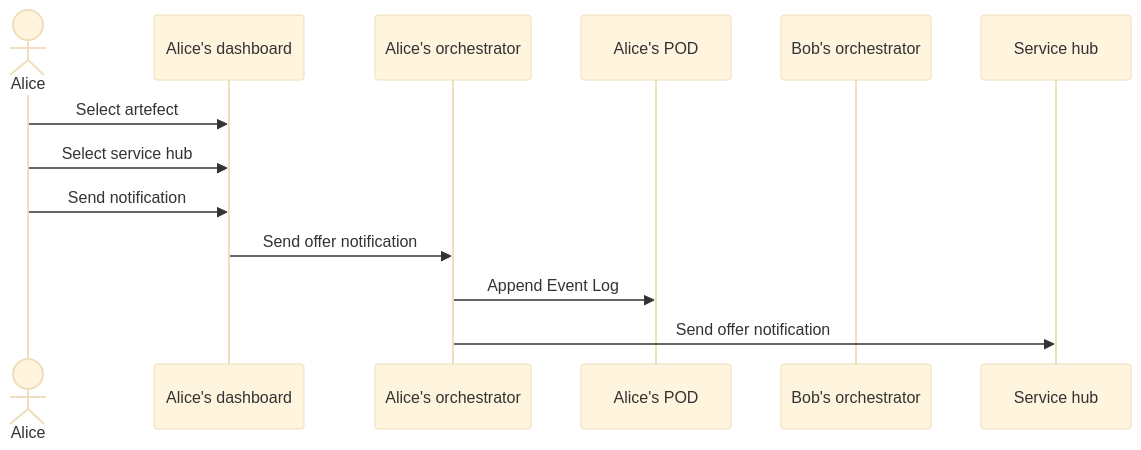
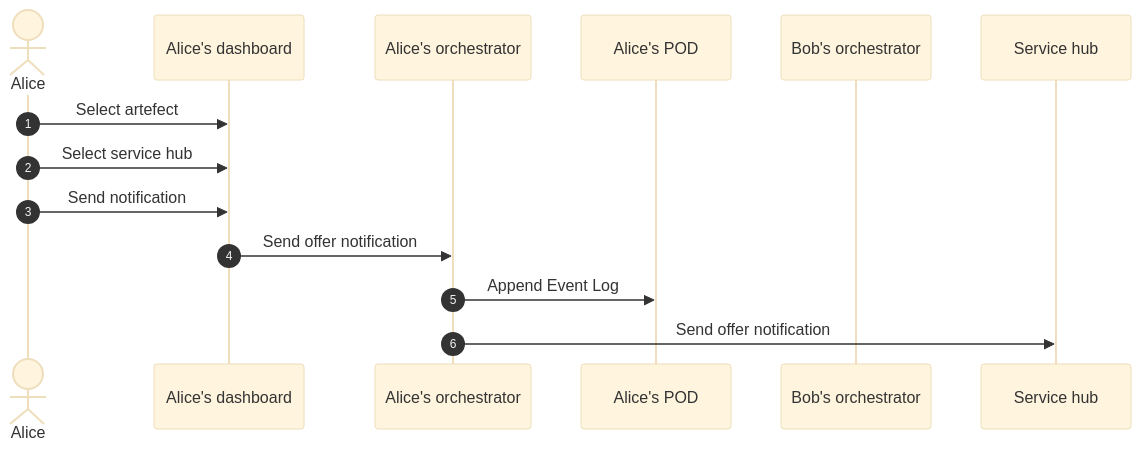
One commit to CRISalid-esr/spec-usecases changed the diagram in diagrams/alice-can-send-notication-to-servicehub.md. Above: the diagram before and after it, drawn with Mermaid (base theme). The commit also changed 10 other files, not shown here.

Commit message:
Adding autonumber for all scholarly diagrams

````diff
--- a/diagrams/alice-can-send-notication-to-servicehub.md
+++ b/diagrams/alice-can-send-notication-to-servicehub.md
@@ -1,16 +1,17 @@
 ```mermaid
 sequenceDiagram
+    autonumber
     actor alice as Alice
     participant dashboard as Alice's dashboard
     participant orch as Alice's orchestrator
     participant pod as Alice's POD
     participant orchB as Bob's orchestrator
     participant hubSer as Service hub
 
     alice->>dashboard: Select artefect
     alice->>dashboard: Select service hub
     alice->>dashboard: Send notification
     dashboard->>orch: Send offer notification
     orch->>pod: Append Event Log
     orch->>hubSer: Send offer notification
 ```
````
